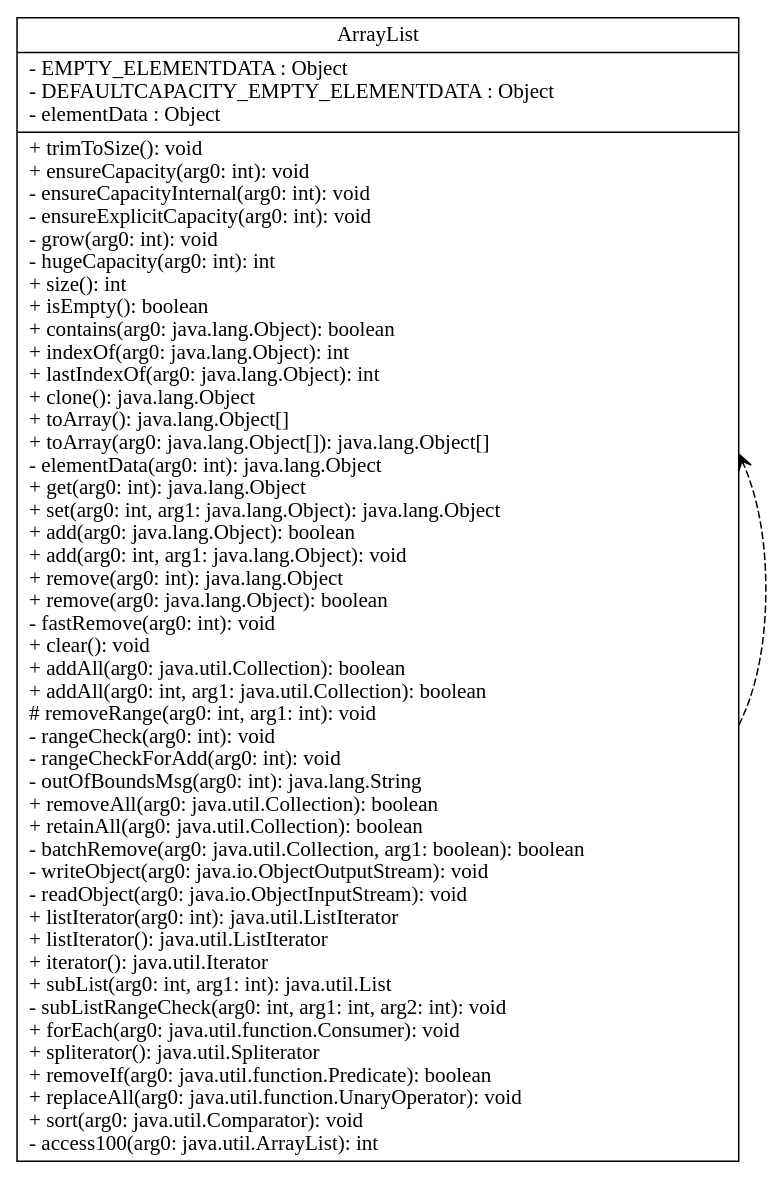
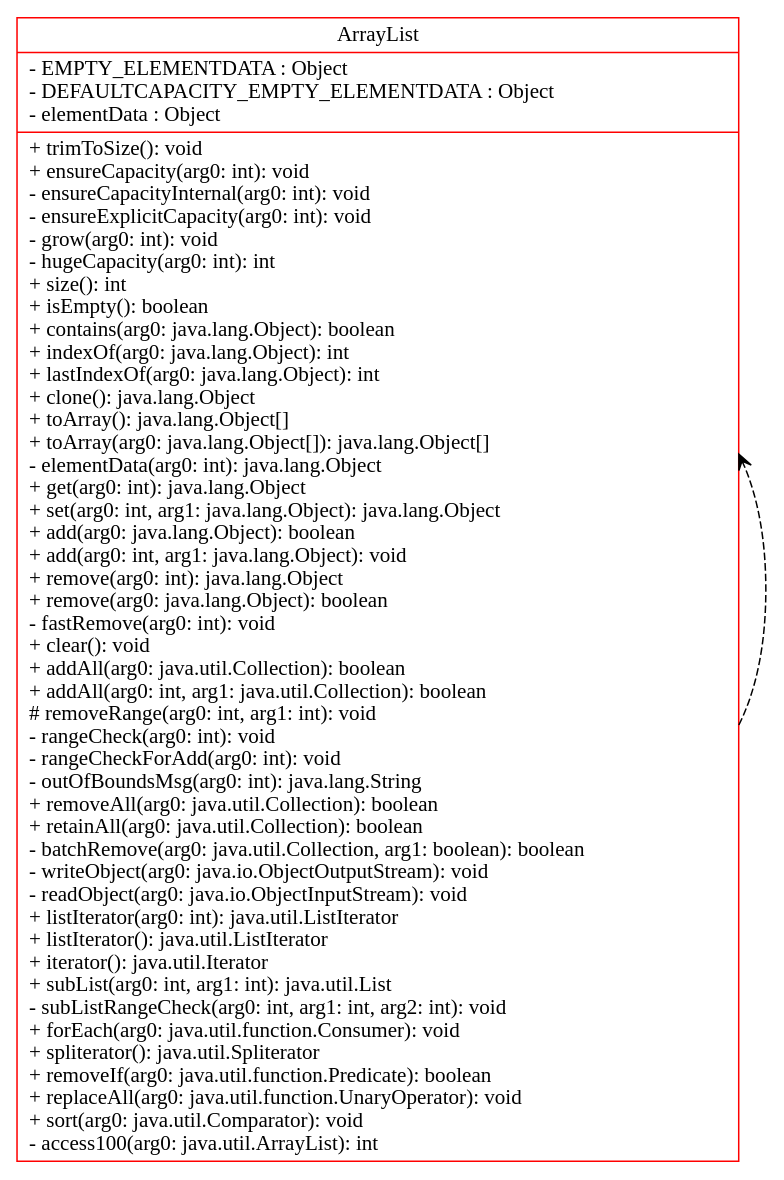
Before and after one commit to KennanFrench/-CSSE374-The-Observers: the diagram in FinalProject/test.gv, drawn with Graphviz. The commit also changed 7 other files, not shown here.

```diff
--- a/FinalProject/test.gv
+++ b/FinalProject/test.gv
@@ -1,54 +1,55 @@
 digraph ILoveThisProject{
 rankdir=BT;
 ArrayList [
  shape="record",
+ color="red"
  label="{ArrayList | - EMPTY_ELEMENTDATA : Object\l- DEFAULTCAPACITY_EMPTY_ELEMENTDATA : Object\l- elementData : Object\l|+ trimToSize(): void\l
 + ensureCapacity(arg0: int): void\l
 - ensureCapacityInternal(arg0: int): void\l
 - ensureExplicitCapacity(arg0: int): void\l
 - grow(arg0: int): void\l
 - hugeCapacity(arg0: int): int\l
 + size(): int\l
 + isEmpty(): boolean\l
 + contains(arg0: java.lang.Object): boolean\l
 + indexOf(arg0: java.lang.Object): int\l
 + lastIndexOf(arg0: java.lang.Object): int\l
 + clone(): java.lang.Object\l
 + toArray(): java.lang.Object[]\l
 + toArray(arg0: java.lang.Object[]): java.lang.Object[]\l
 - elementData(arg0: int): java.lang.Object\l
 + get(arg0: int): java.lang.Object\l
 + set(arg0: int, arg1: java.lang.Object): java.lang.Object\l
 + add(arg0: java.lang.Object): boolean\l
 + add(arg0: int, arg1: java.lang.Object): void\l
 + remove(arg0: int): java.lang.Object\l
 + remove(arg0: java.lang.Object): boolean\l
 - fastRemove(arg0: int): void\l
 + clear(): void\l
 + addAll(arg0: java.util.Collection): boolean\l
 + addAll(arg0: int, arg1: java.util.Collection): boolean\l
 # removeRange(arg0: int, arg1: int): void\l
 - rangeCheck(arg0: int): void\l
 - rangeCheckForAdd(arg0: int): void\l
 - outOfBoundsMsg(arg0: int): java.lang.String\l
 + removeAll(arg0: java.util.Collection): boolean\l
 + retainAll(arg0: java.util.Collection): boolean\l
 - batchRemove(arg0: java.util.Collection, arg1: boolean): boolean\l
 - writeObject(arg0: java.io.ObjectOutputStream): void\l
 - readObject(arg0: java.io.ObjectInputStream): void\l
 + listIterator(arg0: int): java.util.ListIterator\l
 + listIterator(): java.util.ListIterator\l
 + iterator(): java.util.Iterator\l
 + subList(arg0: int, arg1: int): java.util.List\l
 - subListRangeCheck(arg0: int, arg1: int, arg2: int): void\l
 + forEach(arg0: java.util.function.Consumer): void\l
 + spliterator(): java.util.Spliterator\l
 + removeIf(arg0: java.util.function.Predicate): boolean\l
 + replaceAll(arg0: java.util.function.UnaryOperator): void\l
 + sort(arg0: java.util.Comparator): void\l
 - access100(arg0: java.util.ArrayList): int\l
 }" 
 ];
 ArrayList -> ArrayList [arrowhead="vee", style="dashed", taillabel = ""];
 
 }
```
